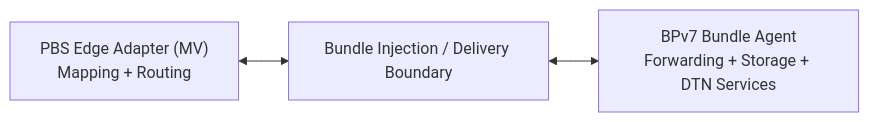
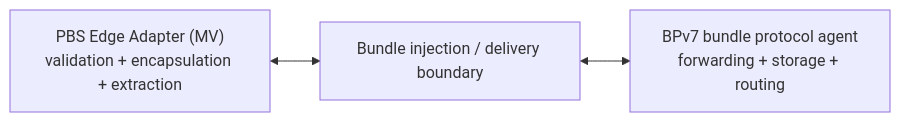
Before and after one commit to Pale-Blue-Systems/PBS-EDGE-ADAPTER-MV: the sixth of 6 diagrams in DOCS/PBS-EDGE-ARCHITECTURE.md, drawn with Mermaid. The commit also changed other lines of this file and 4 other files, not shown here.

````diff
--- a/DOCS/PBS-EDGE-ARCHITECTURE.md
+++ b/DOCS/PBS-EDGE-ARCHITECTURE.md
@@ -174,8 +171,8 @@
 ```mermaid
 flowchart LR
-  A["PBS Edge Adapter (MV)\nMapping + Routing"]
-  I["Bundle Injection / Delivery Boundary"]
-  B["BPv7 Bundle Agent\nForwarding + Storage + DTN Services"]
+  A["PBS Edge Adapter (MV)<br/>validation + encapsulation + extraction"]
+  I["Bundle injection / delivery boundary"]
+  B["BPv7 bundle protocol agent<br/>forwarding + storage + routing"]
 
   A <--> I <--> B
 ```
````
